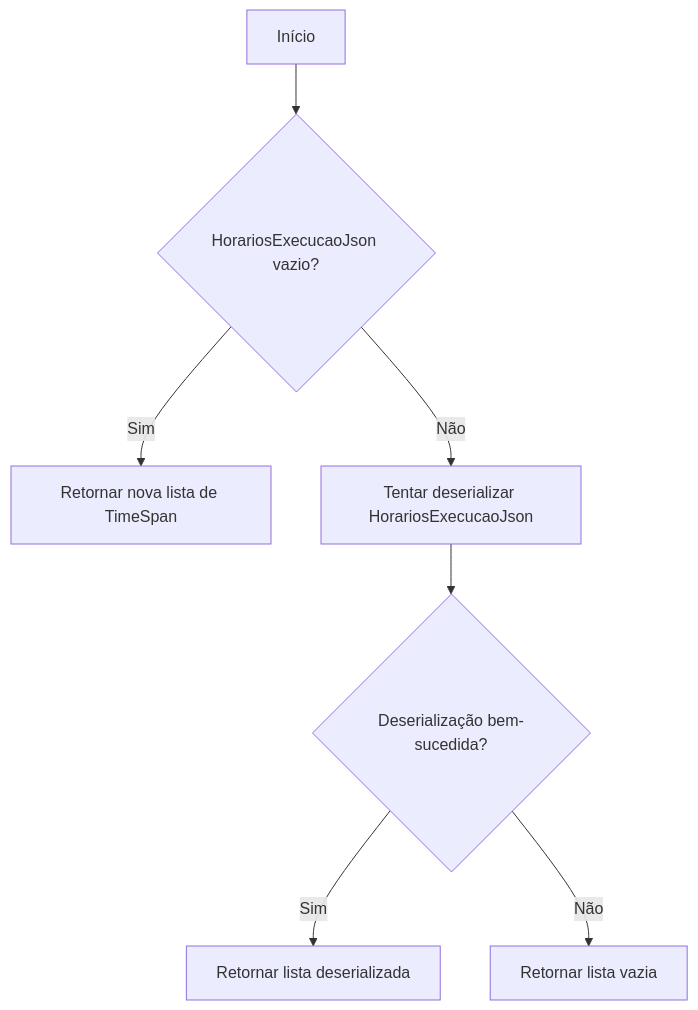
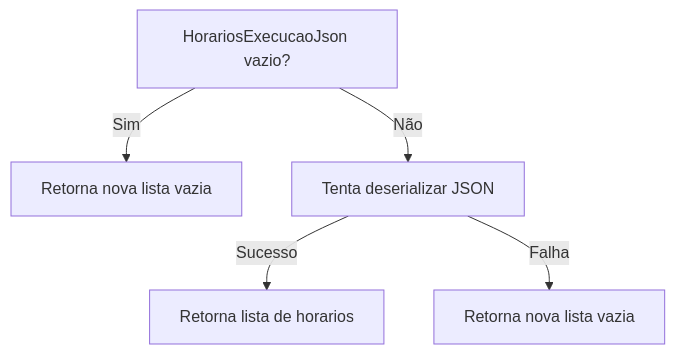
Before and after one commit to IsthmusSistemas/documentacao-tecnica: the first of 2 diagrams in docs/b2b-dominio/IsthmusWinthor.Nucleo/IsthmusWinthor.Dominio/Entidades/PipelineSincronizacaoAgendamentoDistribuidora.md, drawn with Mermaid. The commit also changed other lines of this file and 882 other files, not shown here.

````diff
--- a/docs/b2b-dominio/IsthmusWinthor.Nucleo/IsthmusWinthor.Dominio/Entidades/PipelineSincronizacaoAgendamentoDistribuidora.md
+++ b/docs/b2b-dominio/IsthmusWinthor.Nucleo/IsthmusWinthor.Dominio/Entidades/PipelineSincronizacaoAgendamentoDistribuidora.md
@@ -24,9 +19,7 @@
 ```mermaid
 flowchart TD
-    A[Início] --> B{HorariosExecucaoJson vazio?}
-    B -- Sim --> C[Retornar nova lista de TimeSpan]
-    B -- Não --> D[Tentar deserializar HorariosExecucaoJson]
-    D --> E{Deserialização bem-sucedida?}
-    E -- Sim --> F[Retornar lista deserializada]
-    E -- Não --> G[Retornar lista vazia]
+    A[HorariosExecucaoJson vazio?] -->|Sim| B[Retorna nova lista vazia]
+    A -->|Não| C[Tenta deserializar JSON]
+    C -->|Sucesso| D[Retorna lista de horarios]
+    C -->|Falha| E[Retorna nova lista vazia]
 ```
````
